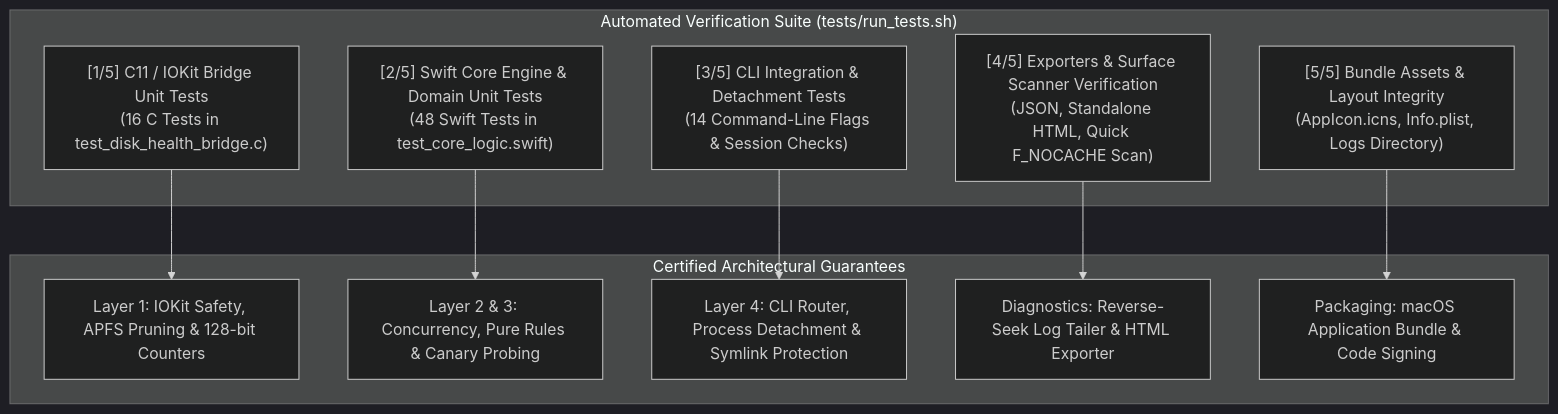
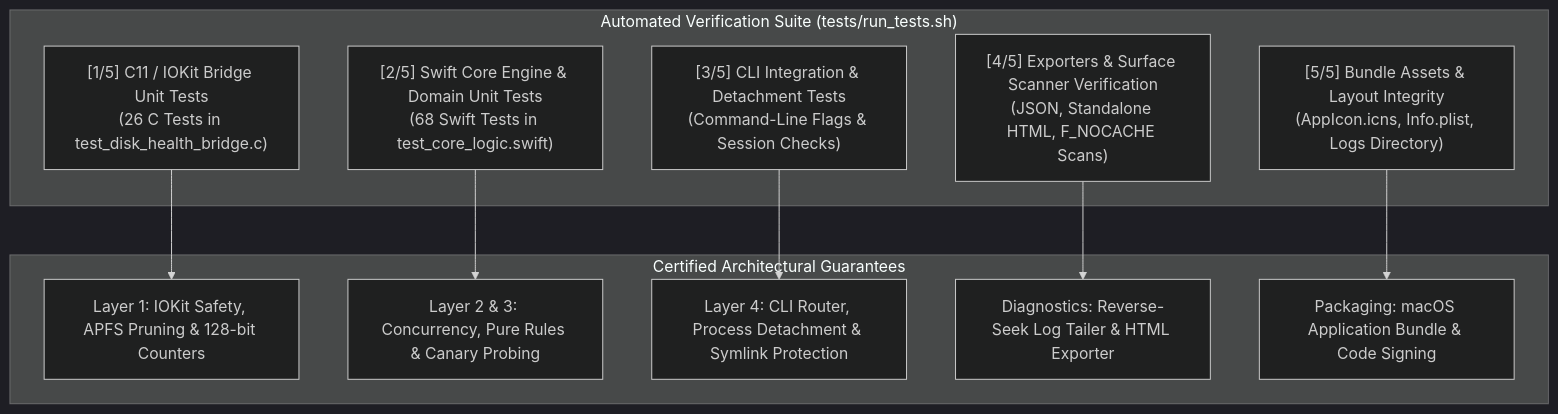
The tenth of 10 diagrams in ARCHITECTURE.md (nikoskoutr/disk-health-monitor), drawn with Mermaid (dark theme) before and after one commit. The commit also changed other lines of this file and 51 other files, not shown here.

````diff
--- a/ARCHITECTURE.md
+++ b/ARCHITECTURE.md
@@ -491,24 +511,24 @@
 ```mermaid
 flowchart TD
     subgraph TestSuite["Automated Verification Suite (tests/run_tests.sh)"]
-        T1["[1/5] C11 / IOKit Bridge Unit Tests<br/>(16 C Tests in test_disk_health_bridge.c)"]
-        T2["[2/5] Swift Core Engine & Domain Unit Tests<br/>(48 Swift Tests in test_core_logic.swift)"]
-        T3["[3/5] CLI Integration & Detachment Tests<br/>(14 Command-Line Flags & Session Checks)"]
-        T4["[4/5] Exporters & Surface Scanner Verification<br/>(JSON, Standalone HTML, Quick F_NOCACHE Scan)"]
+        T1["[1/5] C11 / IOKit Bridge Unit Tests<br/>(26 C Tests in test_disk_health_bridge.c)"]
+        T2["[2/5] Swift Core Engine & Domain Unit Tests<br/>(68 Swift Tests in test_core_logic.swift)"]
+        T3["[3/5] CLI Integration & Detachment Tests<br/>(Command-Line Flags & Session Checks)"]
+        T4["[4/5] Exporters & Surface Scanner Verification<br/>(JSON, Standalone HTML, F_NOCACHE Scans)"]
         T5["[5/5] Bundle Assets & Layout Integrity<br/>(AppIcon.icns, Info.plist, Logs Directory)"]
     end
 
     subgraph ArchitectureTiers["Certified Architectural Guarantees"]
         A1["Layer 1: IOKit Safety, APFS Pruning & 128-bit Counters"]
         A2["Layer 2 & 3: Concurrency, Pure Rules & Canary Probing"]
         A3["Layer 4: CLI Router, Process Detachment & Symlink Protection"]
         A4["Diagnostics: Reverse-Seek Log Tailer & HTML Exporter"]
         A5["Packaging: macOS Application Bundle & Code Signing"]
     end
 
     T1 --> A1
     T2 --> A2
     T3 --> A3
     T4 --> A4
     T5 --> A5
 ```
````
